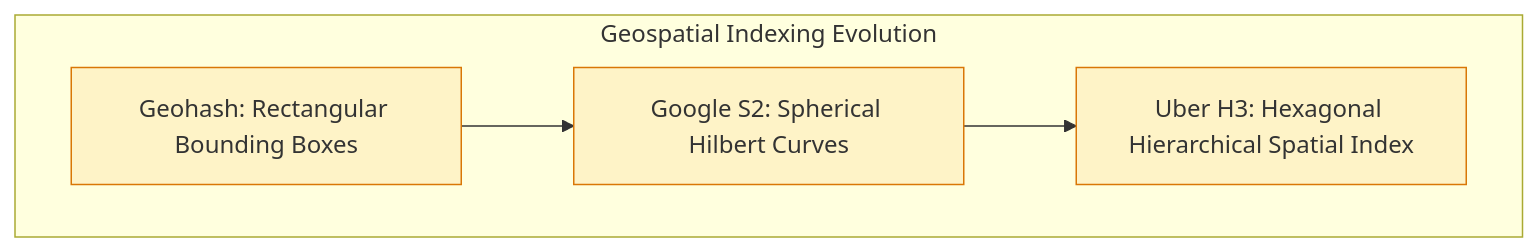
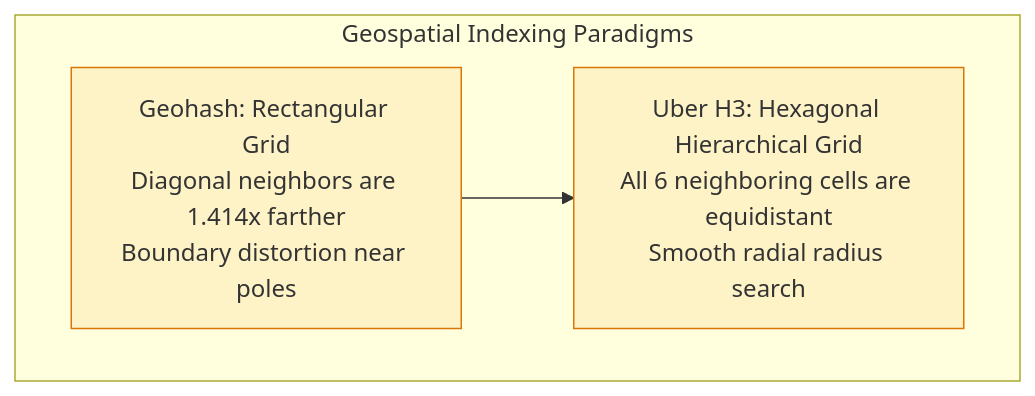
One commit to kvai9826/system-design-for-program-managers changed the third of 5 diagrams in 05-real-world-case-studies/04-ride-sharing-dispatch.md. Above: the diagram before and after it, drawn with Mermaid. The commit also changed other lines of this file and 30 other files, not shown here.

````diff
--- a/05-real-world-case-studies/04-ride-sharing-dispatch.md
+++ b/05-real-world-case-studies/04-ride-sharing-dispatch.md
@@ -72,14 +172,13 @@
 ```mermaid
 flowchart TD
-    subgraph GeoIndexingEvolution [Geospatial Indexing Evolution]
+    subgraph GeoIndexingComparison [Geospatial Indexing Paradigms]
         direction LR
-        G1[Geohash: Rectangular Bounding Boxes]
-        G2[Google S2: Spherical Hilbert Curves]
-        G3[Uber H3: Hexagonal Hierarchical Spatial Index]
+        G1[Geohash: Rectangular Grid<br/>Diagonal neighbors are 1.414x farther<br/>Boundary distortion near poles]
+        G2[Uber H3: Hexagonal Hierarchical Grid<br/>All 6 neighboring cells are equidistant<br/>Smooth radial radius search]
     end
 
-    G1 --> G2 --> G3
+    G1 --> G2
 
     classDef gStyle fill:#fef3c7,stroke:#d97706,stroke-width:1px;
-    class G1,G2,G3 gStyle;
+    class G1,G2 gStyle;
 ```
````
